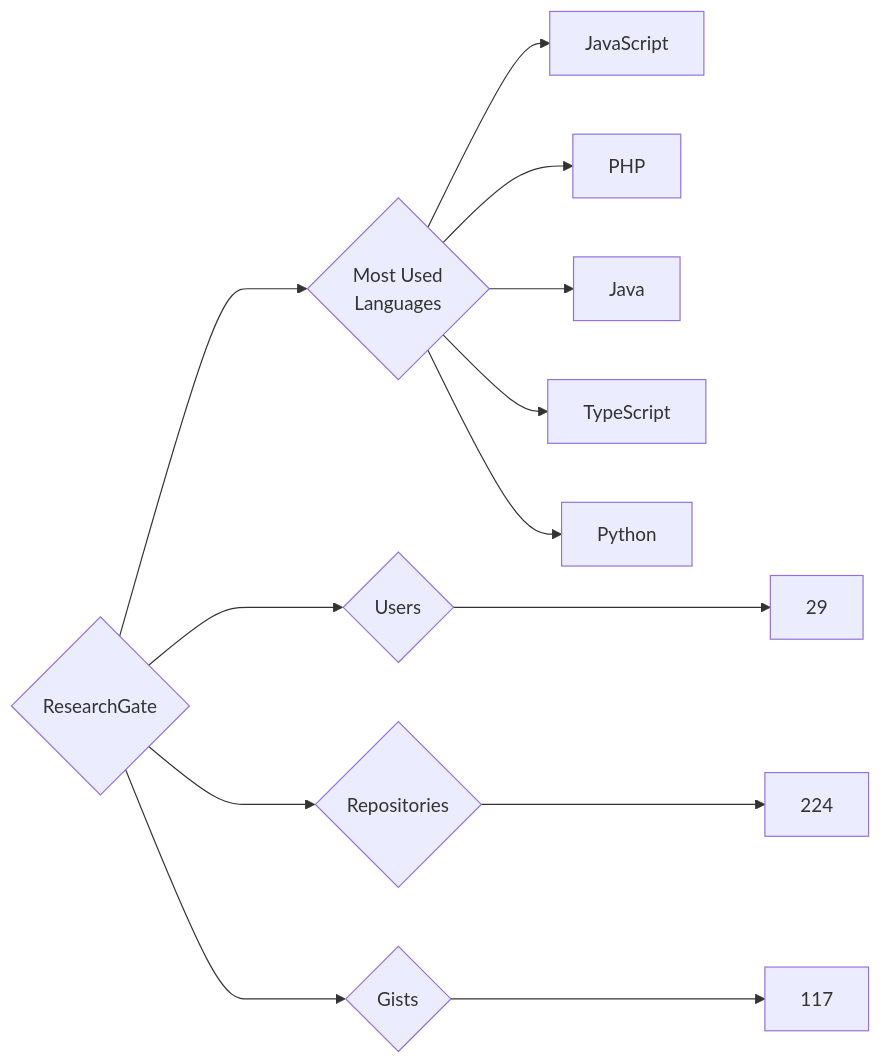
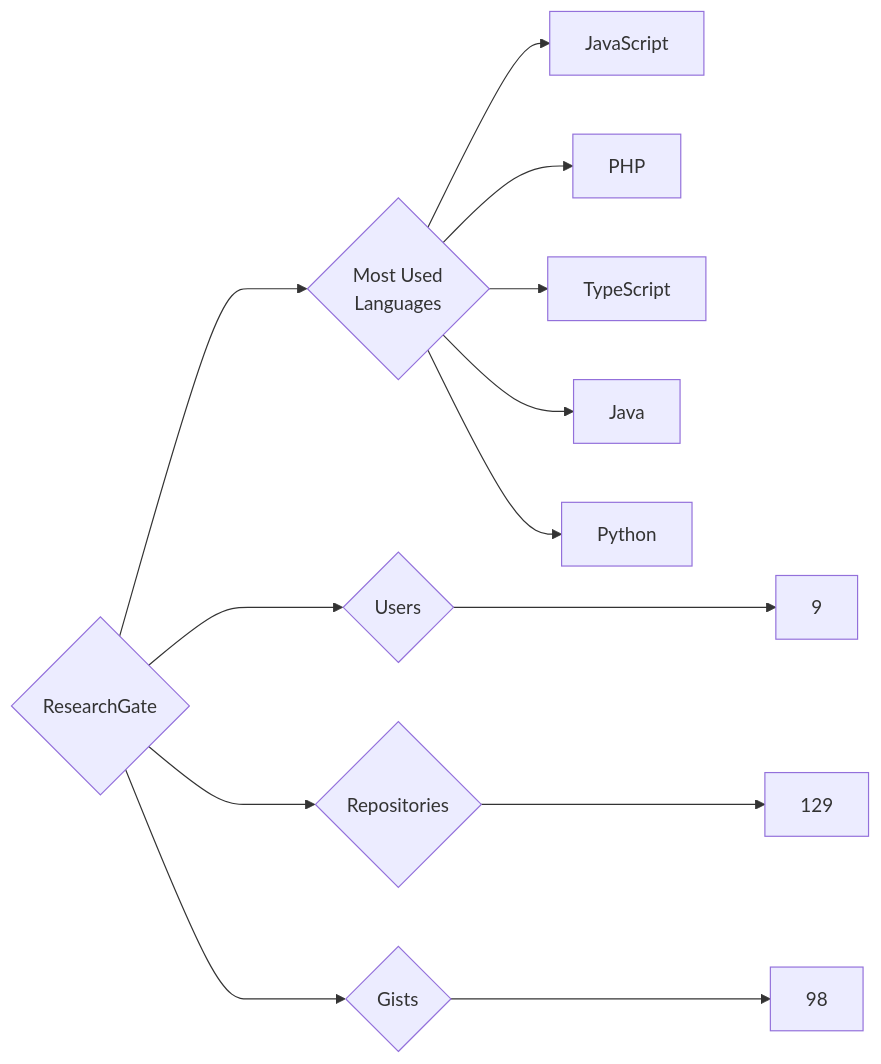
Before and after one commit to trickest/insiders: the diagram in targets/ResearchGate/README.md, drawn with Mermaid. The commit also changed 829 other files, not shown here.

````diff
--- a/targets/ResearchGate/README.md
+++ b/targets/ResearchGate/README.md
@@ -3,13 +3,13 @@
 ```mermaid
 graph LR
 COMPANY_NAME{ResearchGate}
-COMPANY_NAME ---> U{Users} ---> UN[29]
-COMPANY_NAME ---> R{Repositories} ---> RN[224]
-COMPANY_NAME ---> G{Gists} ---> GN[117]
+COMPANY_NAME ---> U{Users} ---> UN[9]
+COMPANY_NAME ---> R{Repositories} ---> RN[129]
+COMPANY_NAME ---> G{Gists} ---> GN[98]
 COMPANY_NAME ---> ML{Most Used<br>Languages}
 ML --> JavaScript[JavaScript]
 ML --> PHP[PHP]
+ML --> TypeScript[TypeScript]
 ML --> Java[Java]
-ML --> TypeScript[TypeScript]
 ML --> Python[Python]
 ```
````
